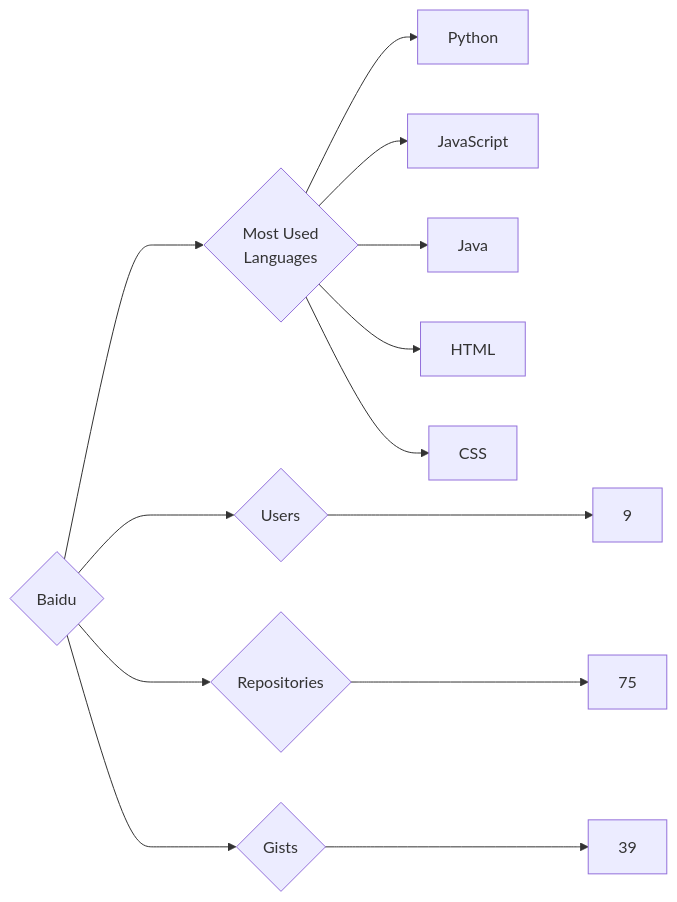
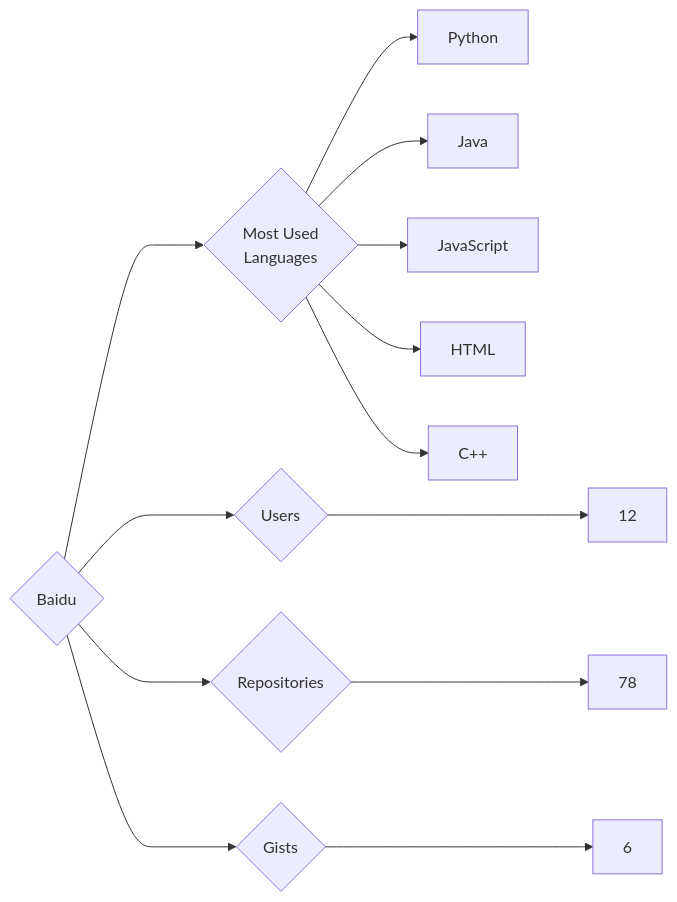
The diagram in targets/Baidu/README.md (trickest/insiders), drawn with Mermaid before and after one commit. The commit also changed 783 other files, not shown here.

````diff
--- a/targets/Baidu/README.md
+++ b/targets/Baidu/README.md
@@ -3,13 +3,13 @@
 ```mermaid
 graph LR
 COMPANY_NAME{Baidu}
-COMPANY_NAME ---> U{Users} ---> UN[9]
-COMPANY_NAME ---> R{Repositories} ---> RN[75]
-COMPANY_NAME ---> G{Gists} ---> GN[39]
+COMPANY_NAME ---> U{Users} ---> UN[12]
+COMPANY_NAME ---> R{Repositories} ---> RN[78]
+COMPANY_NAME ---> G{Gists} ---> GN[6]
 COMPANY_NAME ---> ML{Most Used<br>Languages}
 ML --> Python[Python]
+ML --> Java[Java]
 ML --> JavaScript[JavaScript]
-ML --> Java[Java]
 ML --> HTML[HTML]
-ML --> CSS[CSS]
+ML --> C++[C++]
 ```
````
